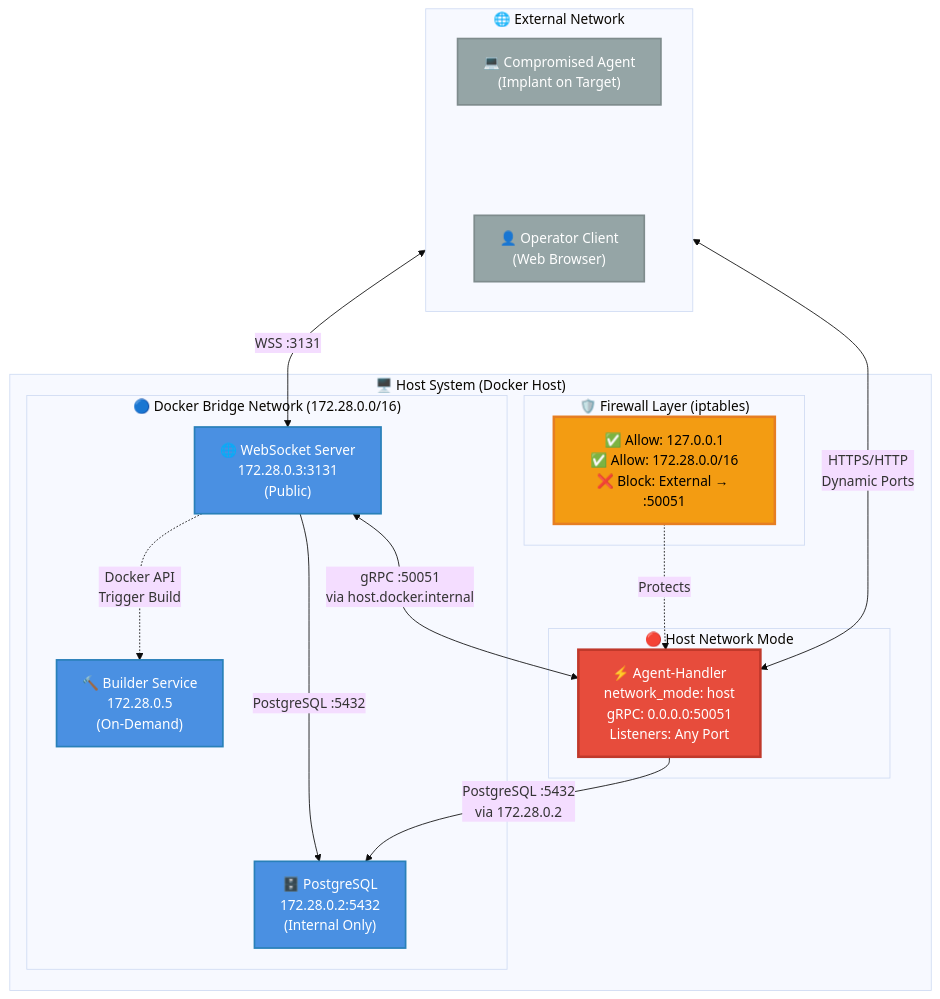
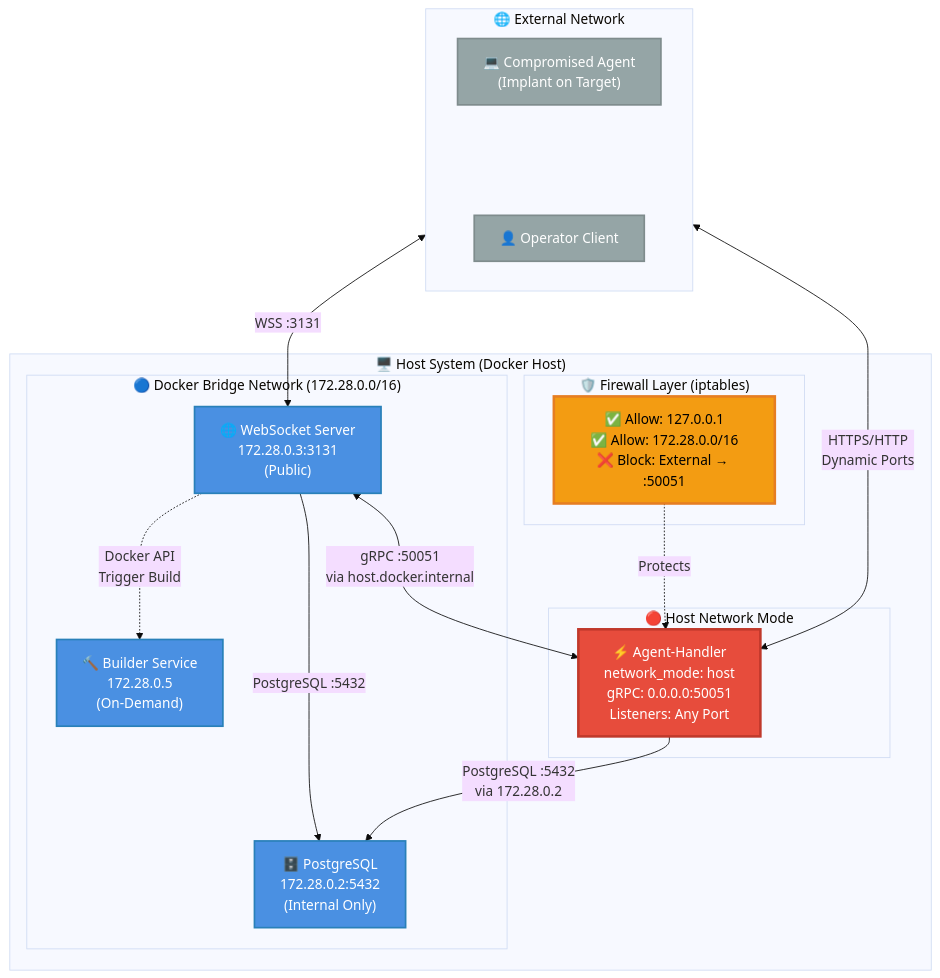
Before and after one commit to seahop/NexusC2: the diagram in README.md, drawn with Mermaid (base theme).

Commit message:
README update

````diff
--- a/README.md
+++ b/README.md
@@ -34,51 +34,51 @@
 ```mermaid
 graph TB
     subgraph External["🌐 External Network"]
         direction LR
         Agent["💻 Compromised Agent<br/>(Implant on Target)"]
         Spacer[" "]
-        Client["👤 Operator Client<br/>(Web Browser)"]
+        Client["👤 Operator Client<br/>"]
     end
 
     subgraph HostSystem["🖥️ Host System (Docker Host)"]
         subgraph FirewallLayer["🛡️ Firewall Layer (iptables)"]
             FW_Allow["✅ Allow: 127.0.0.1<br/>✅ Allow: 172.28.0.0/16<br/>❌ Block: External → :50051"]
         end
 
         subgraph HostNetwork["🔴 Host Network Mode"]
             AgentHandler["⚡ Agent-Handler<br/>network_mode: host<br/>gRPC: 0.0.0.0:50051<br/>Listeners: Any Port"]
         end
 
         subgraph DockerBridge["🔵 Docker Bridge Network (172.28.0.0/16)"]
             Database["🗄️ PostgreSQL<br/>172.28.0.2:5432<br/>(Internal Only)"]
             Websocket["🌐 WebSocket Server<br/>172.28.0.3:3131<br/>(Public)"]
             Builder["🔨 Builder Service<br/>172.28.0.5<br/>(On-Demand)"]
         end
     end
 
     %% External Connections - Separated paths
     Agent <-->|"HTTPS/HTTP<br/>Dynamic Ports"| AgentHandler
     Client <-->|"WSS :3131"| Websocket
 
     %% Internal Docker Bridge Network
     Websocket <-->|"gRPC :50051<br/>via host.docker.internal"| AgentHandler
     Websocket -->|"PostgreSQL :5432"| Database
     AgentHandler -->|"PostgreSQL :5432<br/>via 172.28.0.2"| Database
     Websocket -.->|"Docker API<br/>Trigger Build"| Builder
 
     %% Firewall Protection
     FW_Allow -.->|"Protects"| AgentHandler
 
     %% Styling
     classDef hostNet fill:#e74c3c,stroke:#c0392b,stroke-width:3px,color:#fff
     classDef bridgeNet fill:#4a90e2,stroke:#2980b9,stroke-width:2px,color:#fff
     classDef external fill:#95a5a6,stroke:#7f8c8d,stroke-width:2px,color:#fff
     classDef firewall fill:#f39c12,stroke:#e67e22,stroke-width:3px,color:#000
     classDef spacer fill:none,stroke:none,color:transparent
 
     class AgentHandler hostNet
     class Database,Websocket,Builder bridgeNet
     class Agent,Client external
     class FW_Allow firewall
     class Spacer spacer
 ```
````
